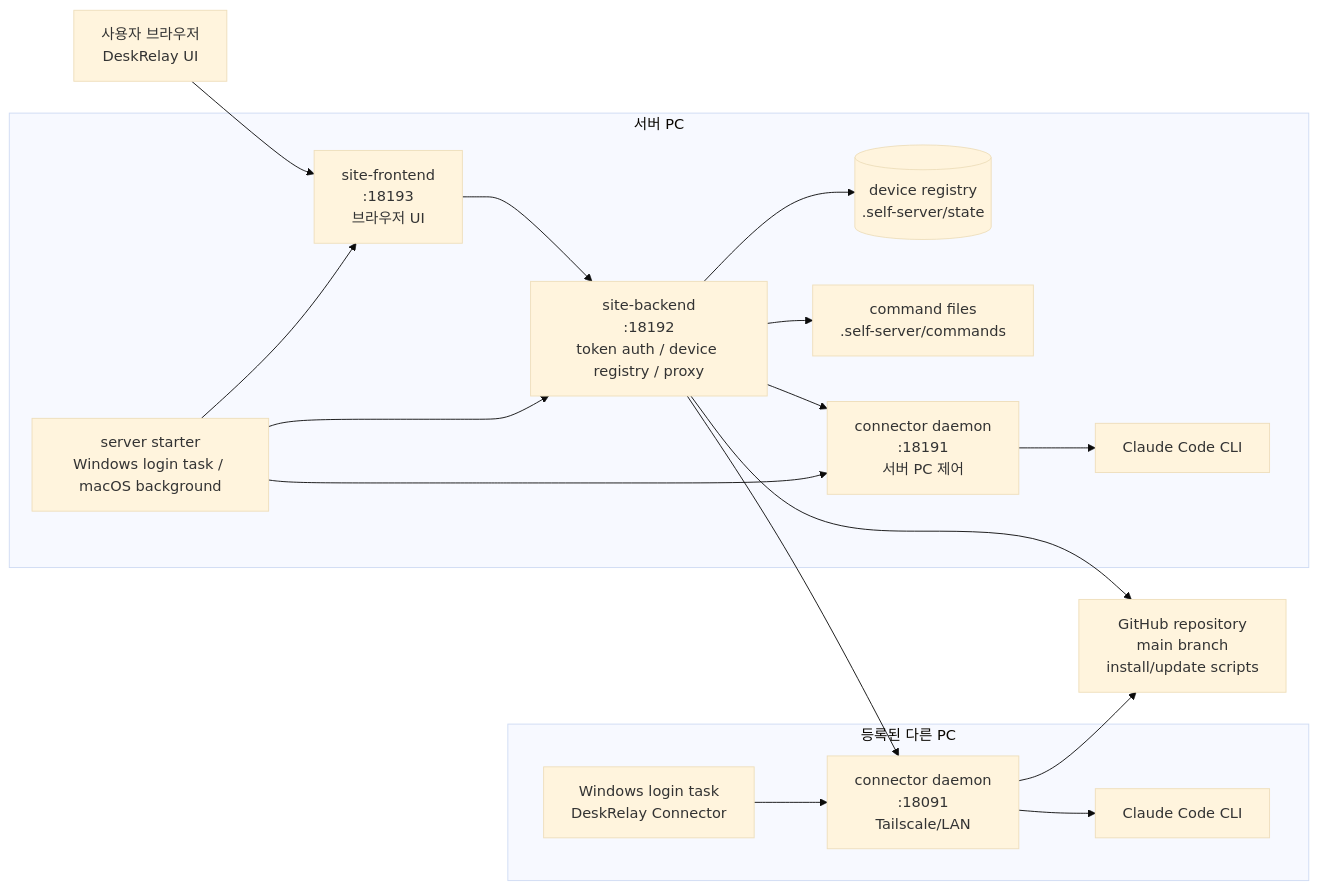
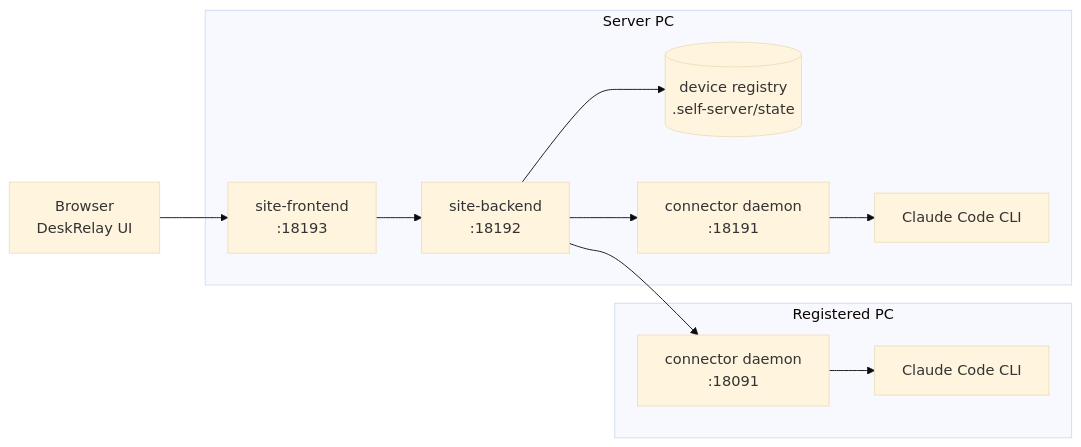
The diagram in README.md (darkhtk/deskrelay), drawn with Mermaid (base theme) before and after one commit. The commit also changed other lines of this file, not shown here.

Commit message:
Trim README to essential self-host guide

````diff
--- a/README.md
+++ b/README.md
@@ -402,36 +9,25 @@
 ```mermaid
 flowchart LR
-  Browser["사용자 브라우저<br/>DeskRelay UI"]
-  GitHub["GitHub repository<br/>main branch<br/>install/update scripts"]
+  Browser["Browser<br/>DeskRelay UI"]
 
-  subgraph ServerPC["서버 PC"]
-    Frontend["site-frontend<br/>:18193<br/>브라우저 UI"]
-    Backend["site-backend<br/>:18192<br/>token auth / device registry / proxy"]
+  subgraph ServerPC["Server PC"]
+    Frontend["site-frontend<br/>:18193"]
+    Backend["site-backend<br/>:18192"]
     Registry[("device registry<br/>.self-server/state")]
-    Commands["command files<br/>.self-server/commands"]
-    ServerDaemon["connector daemon<br/>:18191<br/>서버 PC 제어"]
-    ServerTask["server starter<br/>Windows login task / macOS background"]
+    ServerDaemon["connector daemon<br/>:18191"]
     ServerClaude["Claude Code CLI"]
   end
 
-  subgraph RemotePC["등록된 다른 PC"]
-    RemoteDaemon["connector daemon<br/>:18091<br/>Tailscale/LAN"]
-    RemoteTask["Windows login task<br/>DeskRelay Connector"]
+  subgraph OtherPC["Registered PC"]
+    RemoteDaemon["connector daemon<br/>:18091"]
     RemoteClaude["Claude Code CLI"]
   end
 
   Browser --> Frontend
   Frontend --> Backend
   Backend --> Registry
-  Backend --> Commands
   Backend --> ServerDaemon
   Backend --> RemoteDaemon
-  Backend --> GitHub
-  ServerTask --> Frontend
-  ServerTask --> Backend
-  ServerTask --> ServerDaemon
   ServerDaemon --> ServerClaude
-  RemoteTask --> RemoteDaemon
   RemoteDaemon --> RemoteClaude
-  RemoteDaemon --> GitHub
 ```
````
